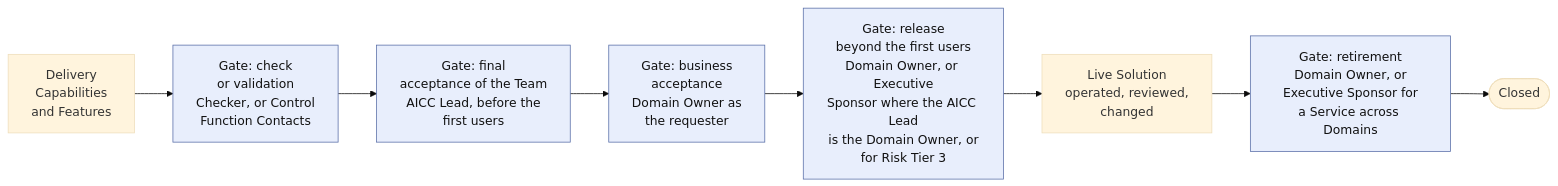
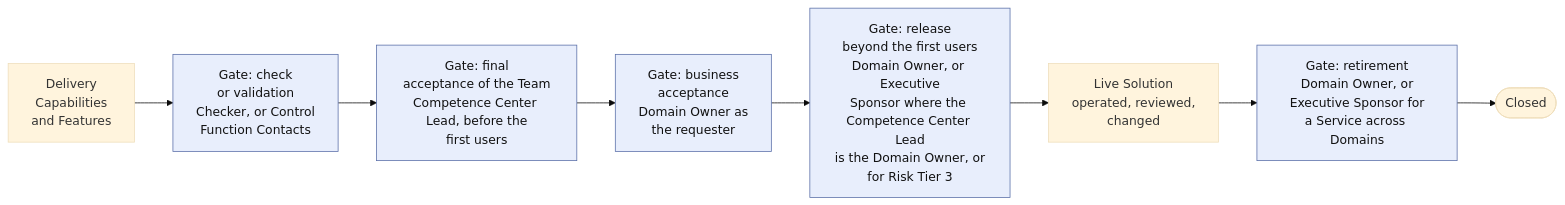
The third of 5 diagrams in charter/en/guides/service-delivery-guide.md (devhogu/ob-aicc), drawn with Mermaid (base theme) before and after one commit. The commit also changed other lines of this file and 1149 other files, not shown here.

First line of the commit message:
The name Competence Center: AICC stays only as a code (DR-2026-066)

````diff
--- a/charter/en/guides/service-delivery-guide.md
+++ b/charter/en/guides/service-delivery-guide.md
@@ -57,12 +57,12 @@
 ```mermaid
 flowchart LR
   DV["Delivery<br/>Capabilities<br/>and Features"] --> G4["Gate: check<br/>or validation<br/>Checker, or Control<br/>Function Contacts"]
-  G4 --> G4B["Gate: final<br/>acceptance of the Team<br/>AICC Lead, before the<br/>first users"]
+  G4 --> G4B["Gate: final<br/>acceptance of the Team<br/>Competence Center Lead, before the<br/>first users"]
   G4B --> G5["Gate: business<br/>acceptance<br/>Domain Owner as<br/>the requester"]
-  G5 --> G6["Gate: release<br/>beyond the first users<br/>Domain Owner, or Executive<br/>Sponsor where the AICC Lead<br/>is the Domain Owner, or<br/>for Risk Tier 3"]
+  G5 --> G6["Gate: release<br/>beyond the first users<br/>Domain Owner, or Executive<br/>Sponsor where the Competence Center Lead<br/>is the Domain Owner, or<br/>for Risk Tier 3"]
   G6 --> LV["Live Solution<br/>operated, reviewed,<br/>changed"]
   LV --> G7["Gate: retirement<br/>Domain Owner, or<br/>Executive Sponsor for<br/>a Service across Domains"]
   G7 --> CL(["Closed"])
   classDef gate fill:#e8eefc,stroke:#5a6fa8,color:#111
   class G4,G4B,G5,G6,G7 gate
 ```
````
